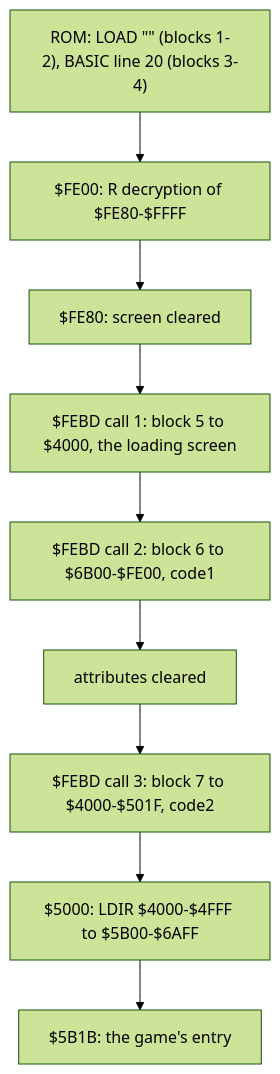
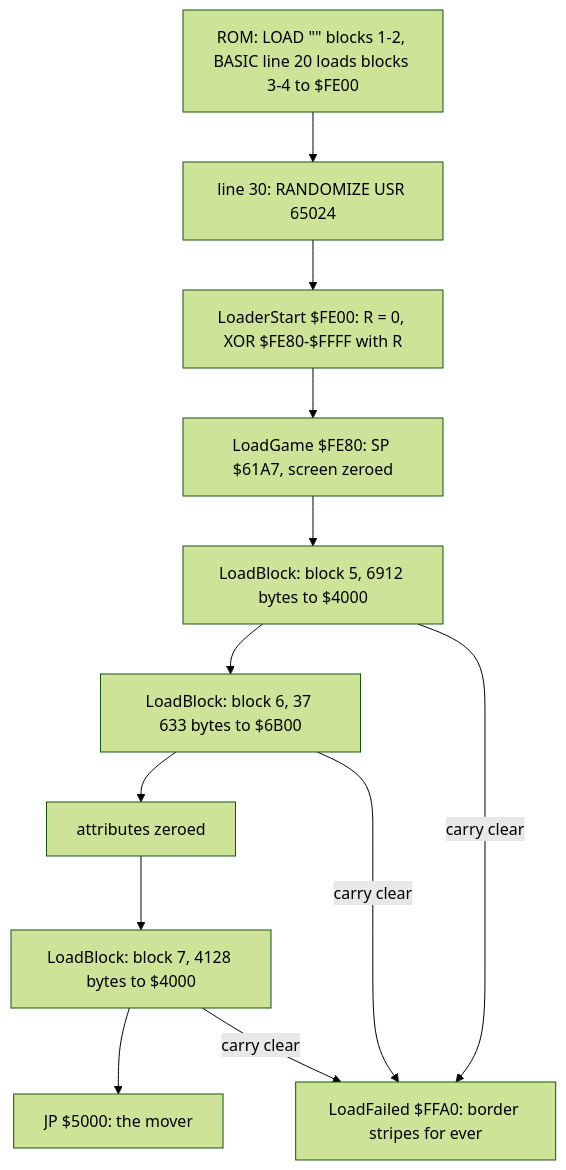
Before and after one commit to alfishe/unrealng-reverse-cases: the first of 6 diagrams in games/simcity/docs/03-build-and-load.md, drawn with Mermaid (forest theme). The commit also changed other lines of this file and 95 other files, not shown here.

Commit message:
SimCity docs 01-10 written: design, architecture, protected load, task switcher, controls, rendering, objects, HUD and text, sound, simulation

````diff
--- a/games/simcity/docs/03-build-and-load.md
+++ b/games/simcity/docs/03-build-and-load.md
@@ -129,11 +101,14 @@
 ```mermaid
 flowchart TD
-    A["ROM: LOAD #quot;#quot; (blocks 1-2), BASIC line 20 (blocks 3-4)"] --> B["$FE00: R decryption of $FE80-$FFFF"]
-    B --> C["$FE80: screen cleared"]
-    C --> D["$FEBD call 1: block 5 to $4000, the loading screen"]
-    D --> E["$FEBD call 2: block 6 to $6B00-$FE00, code1"]
-    E --> F["attributes cleared"]
-    F --> G["$FEBD call 3: block 7 to $4000-$501F, code2"]
-    G --> H["$5000: LDIR $4000-$4FFF to $5B00-$6AFF"]
-    H --> I["$5B1B: the game's entry"]
+    A["ROM: LOAD #quot;#quot; blocks 1-2, BASIC line 20 loads blocks 3-4 to $FE00"] --> B["line 30: RANDOMIZE USR 65024"]
+    B --> C["LoaderStart $FE00: R = 0, XOR $FE80-$FFFF with R"]
+    C --> D["LoadGame $FE80: SP $61A7, screen zeroed"]
+    D --> E["LoadBlock: block 5, 6912 bytes to $4000"]
+    E --> F["LoadBlock: block 6, 37 633 bytes to $6B00"]
+    F --> G["attributes zeroed"]
+    G --> H["LoadBlock: block 7, 4128 bytes to $4000"]
+    H --> I["JP $5000: the mover"]
+    E -- "carry clear" --> X["LoadFailed $FFA0: border stripes for ever"]
+    F -- "carry clear" --> X
+    H -- "carry clear" --> X
 ```
````
